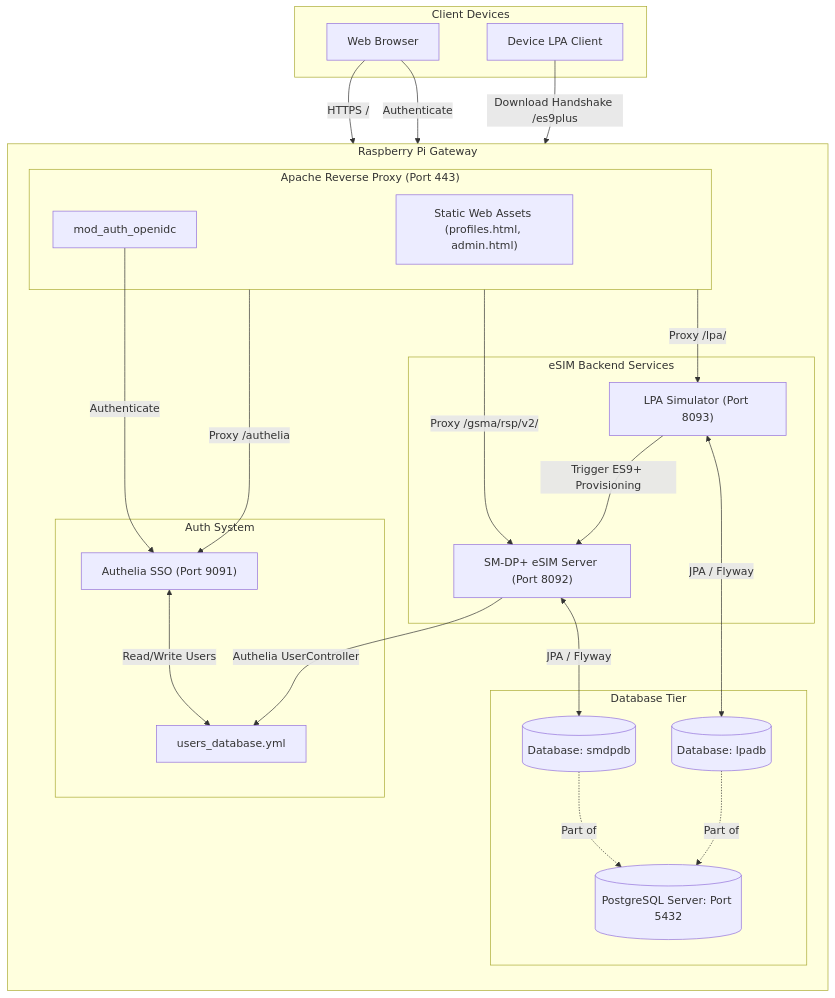
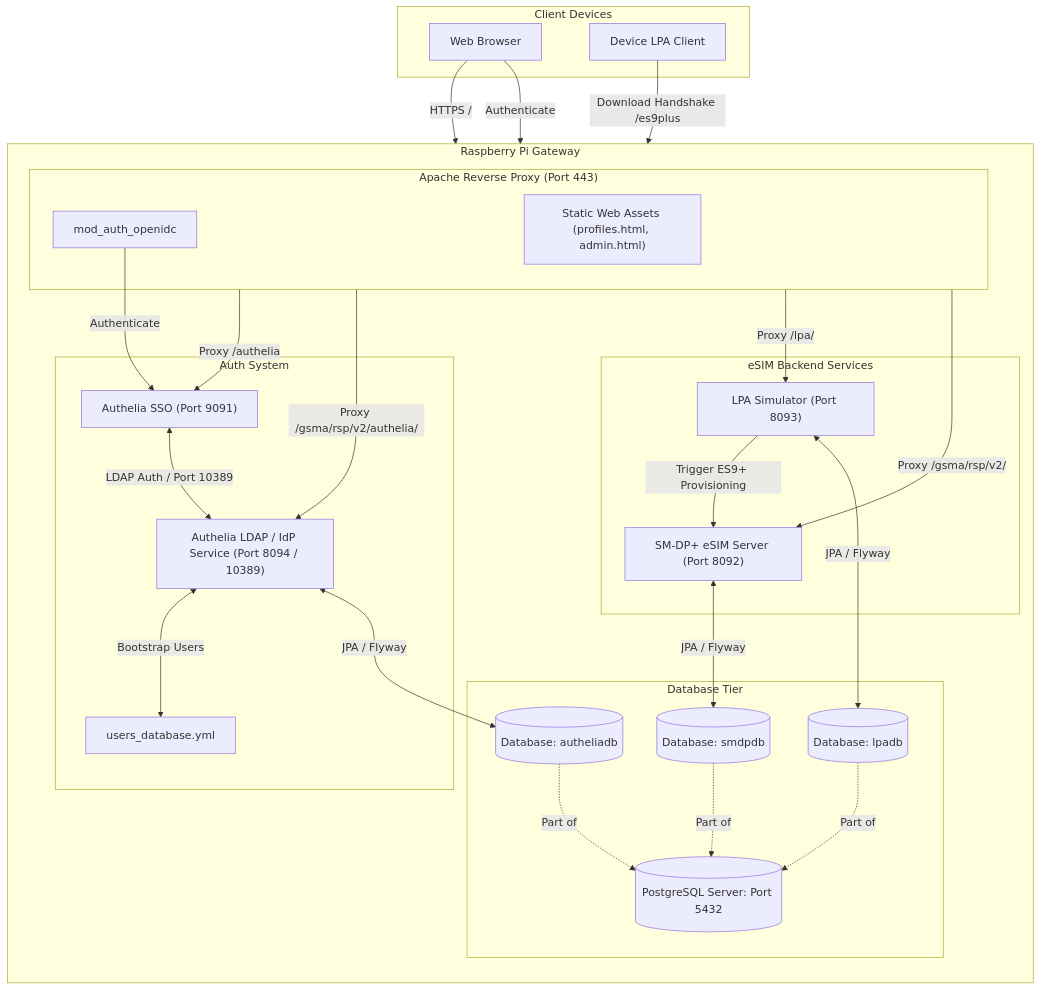
The third of 3 diagrams in README.md (muku3011/website), drawn with Mermaid before and after one commit. The commit also changed other lines of this file and 8 other files, not shown here.

Commit message:
chore: resolve IDE warnings, update architecture documentation to include authelia-ldap, and update footer notes

````diff
--- a/README.md
+++ b/README.md
@@ -72,53 +72,58 @@
 ```mermaid
 flowchart TD
     subgraph Client ["Client Devices"]
         Browser["Web Browser"]
         LPA_Client["Device LPA Client"]
     end
 
     subgraph RPi ["Raspberry Pi Gateway"]
         direction TB
         subgraph Proxy ["Apache Reverse Proxy (Port 443)"]
             Static["Static Web Assets (profiles.html, admin.html)"]
             OIDC["mod_auth_openidc"]
         end
 
         subgraph Auth ["Auth System"]
             Authelia["Authelia SSO (Port 9091)"]
+            AutheliaLDAP["Authelia LDAP / IdP Service (Port 8094 / 10389)"]
             YAML_DB["users_database.yml"]
         end
 
         subgraph Backend ["eSIM Backend Services"]
             SMDP["SM-DP+ eSIM Server (Port 8092)"]
             LPA_Sim["LPA Simulator (Port 8093)"]
         end
 
         subgraph DB ["Database Tier"]
             PostgreSQL[(PostgreSQL Server: Port 5432)]
             smdpdb[(Database: smdpdb)]
             lpadb[(Database: lpadb)]
+            autheliadb[(Database: autheliadb)]
         end
     end
 
     %% Client Access
     Browser -->|HTTPS /| Static
     Browser -->|Authenticate| OIDC
     LPA_Client -->|Download Handshake /es9plus| SMDP
 
     %% Proxy Routing
     OIDC -->|Authenticate| Authelia
     Proxy -->|Proxy /authelia| Authelia
+    Proxy -->|Proxy /gsma/rsp/v2/authelia/| AutheliaLDAP
+    Proxy -->|Proxy /lpa/| LPA_Sim
     Proxy -->|Proxy /gsma/rsp/v2/| SMDP
-    Proxy -->|Proxy /lpa/| LPA_Sim
 
     %% Authentication Directory
-    Authelia <-->|Read/Write Users| YAML_DB
-    SMDP -->|Authelia UserController| YAML_DB
+    AutheliaLDAP <-->|Bootstrap Users| YAML_DB
+    Authelia <-->|LDAP Auth / Port 10389| AutheliaLDAP
+    AutheliaLDAP <-->|JPA / Flyway| autheliadb
 
     %% eSIM provisioning & database
     LPA_Sim -->|Trigger ES9+ Provisioning| SMDP
     SMDP <-->|JPA / Flyway| smdpdb
     LPA_Sim <-->|JPA / Flyway| lpadb
     smdpdb -.->|Part of| PostgreSQL
     lpadb -.->|Part of| PostgreSQL
+    autheliadb -.->|Part of| PostgreSQL
 ```
````
